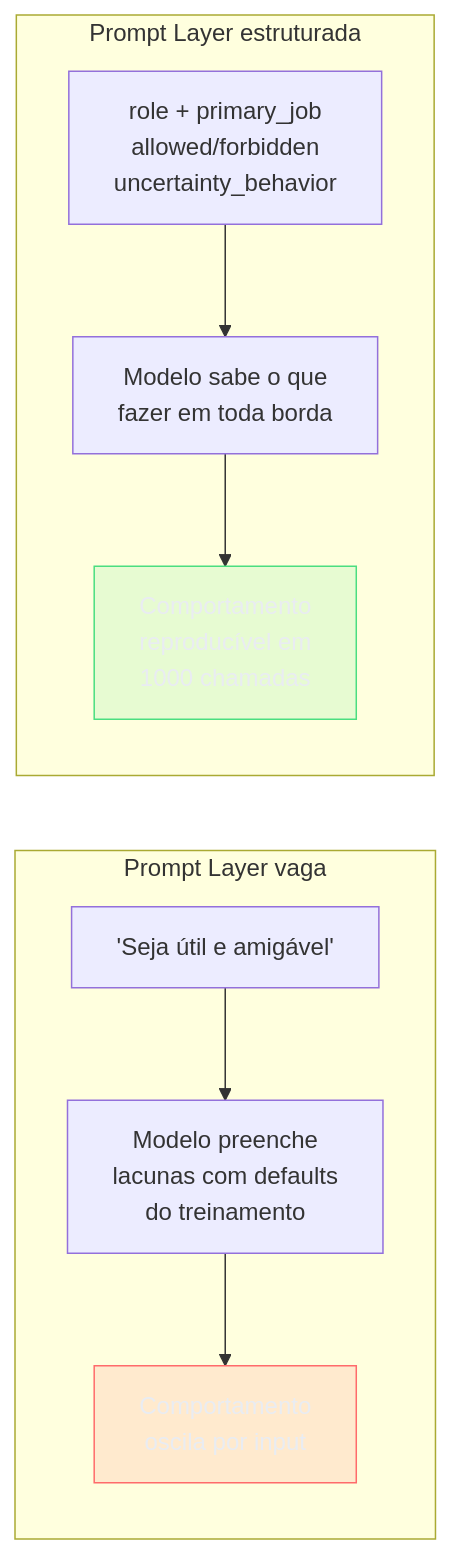
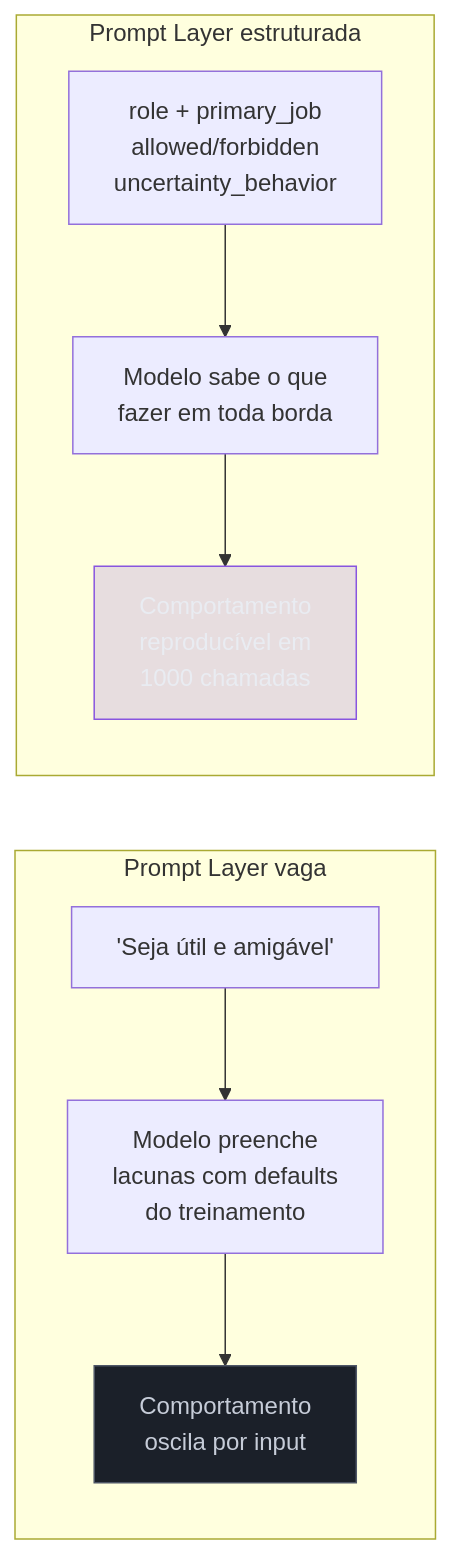
Before and after one commit to josenaldo/codex-technomanticus: the diagram in 03-Dominios/Tecnologia/IA/AI Engineering Stack/03 - Prompt Layer.md, drawn with Mermaid. The commit also changed 601 other files, not shown here.

````diff
--- a/03-Dominios/Tecnologia/IA/AI Engineering Stack/03 - Prompt Layer.md
+++ b/03-Dominios/Tecnologia/IA/AI Engineering Stack/03 - Prompt Layer.md
@@ -31,22 +31,22 @@
 ```mermaid
 flowchart LR
-    classDef falha fill:#FF6B6B24,stroke:#FF6B6B,color:#E9ECF2
-    classDef ok fill:#4ADE8021,stroke:#4ADE80,color:#E9ECF2
+    classDef marca fill:#8855DF33,stroke:#8855DF,color:#E9ECF2
+    classDef neutro fill:#1B2029,stroke:#4E5666,color:#C6CCD8
     subgraph "Prompt Layer vaga"
         A1["'Seja útil e amigável'"]
         A2["Modelo preenche\nlacunas com defaults\ndo treinamento"]
         A3["Comportamento\noscila por input"]
     end
 
     subgraph "Prompt Layer estruturada"
         B1["role + primary_job\nallowed/forbidden\nuncertainty_behavior"]
         B2["Modelo sabe o que\nfazer em toda borda"]
         B3["Comportamento\nreproducível em\n1000 chamadas"]
     end
 
     A1 --> A2 --> A3
     B1 --> B2 --> B3
 
-    class A3 falha
-    class B3 ok
+    class A3 neutro
+    class B3 marca
 ```
````
